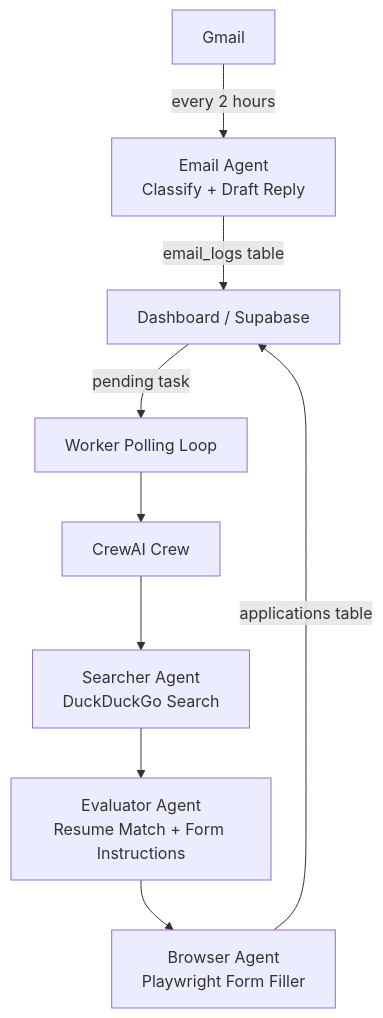
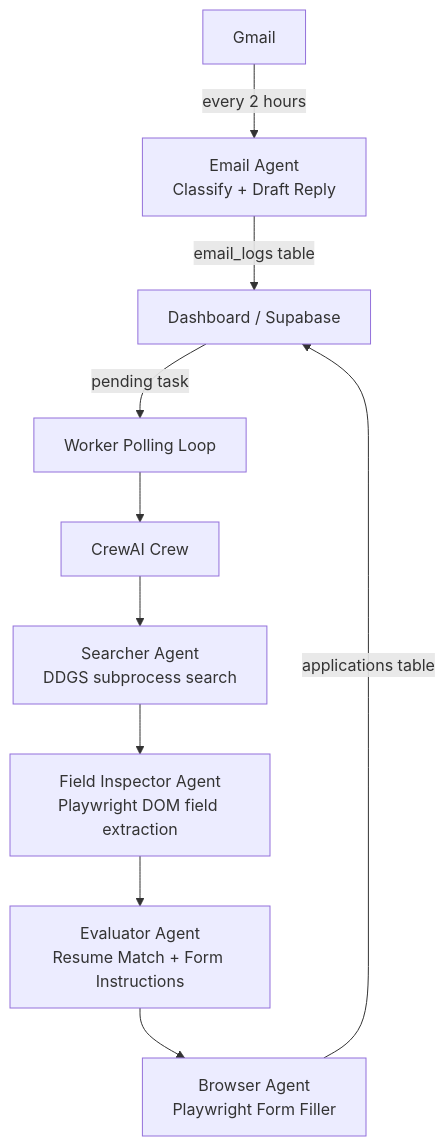
Before and after one commit to tanner-k/agentic-job-hunter: the diagram in README.md, drawn with Mermaid. The commit also changed other lines of this file, not shown here.

Commit message:
docs: document Field Inspector agent and 4-stage pipeline in README

````diff
--- a/README.md
+++ b/README.md
@@ -31,11 +31,12 @@
 ```mermaid
 graph TD
     A[Dashboard / Supabase] -->|pending task| B[Worker Polling Loop]
     B --> C[CrewAI Crew]
-    C --> D[Searcher Agent\nDuckDuckGo Search]
-    D --> E[Evaluator Agent\nResume Match + Form Instructions]
-    E --> F[Browser Agent\nPlaywright Form Filler]
-    F -->|applications table| A
-    G[Gmail] -->|every 2 hours| H[Email Agent\nClassify + Draft Reply]
-    H -->|email_logs table| A
+    C --> D[Searcher Agent\nDDGS subprocess search]
+    D --> E[Field Inspector Agent\nPlaywright DOM field extraction]
+    E --> F[Evaluator Agent\nResume Match + Form Instructions]
+    F --> G[Browser Agent\nPlaywright Form Filler]
+    G -->|applications table| A
+    H[Gmail] -->|every 2 hours| I[Email Agent\nClassify + Draft Reply]
+    I -->|email_logs table| A
 ```
````
